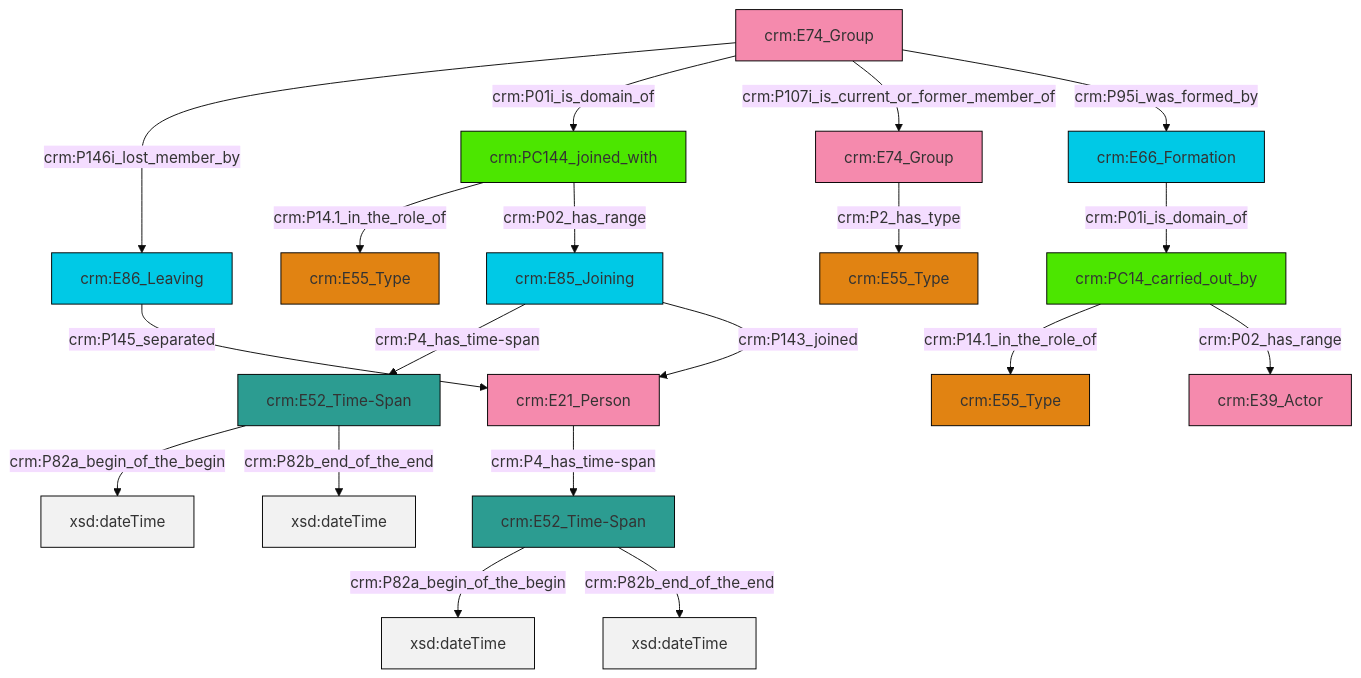
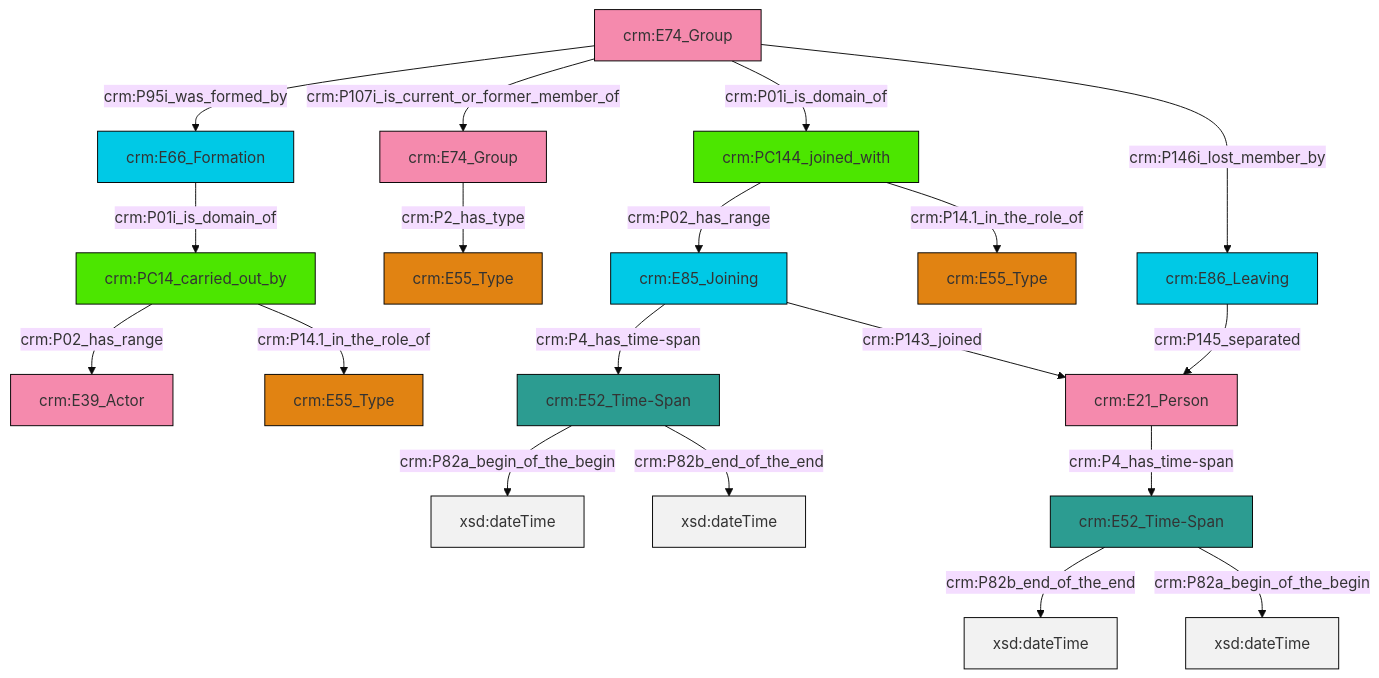
One commit to swiss-art-research-net/docs.swissartresearch changed the diagram in et/groupCSV/ttl/mmd/group_actor_relations.ttl.mmd. Above: the diagram before and after it, drawn with Mermaid (base theme). The commit also changed 178 other files, not shown here.

```diff
--- a/et/groupCSV/ttl/mmd/group_actor_relations.ttl.mmd
+++ b/et/groupCSV/ttl/mmd/group_actor_relations.ttl.mmd
@@ -1,33 +1,33 @@
 graph TD
 classDef Literal fill:#f2f2f2,stroke:#000000;
 classDef CRM_Entity fill:#FFFFFF,stroke:#000000;
 classDef Temporal_Entity fill:#00C9E6, stroke:#000000;
 classDef Type fill:#E18312, stroke:#000000;
 classDef Time-Span fill:#2C9C91, stroke:#000000;
 classDef Appellation fill:#FFEB7F, stroke:#000000;
 classDef Place fill:#008836, stroke:#000000;
 classDef Persistent_Item fill:#B266B2, stroke:#000000;
 classDef Conceptual_Object fill:#FFD700, stroke:#000000;
 classDef Physical_Thing fill:#D2B48C, stroke:#000000;
 classDef Actor fill:#f58aad, stroke:#000000;
 classDef PC_Classes fill:#4ce600, stroke:#000000;
 classDef Multi fill:#cccccc,stroke:#000000;
 
-0["crm:E52_Time-Span"]:::Time-Span -->|crm:P82a_begin_of_the_begin| 1[xsd:dateTime]:::Literal
-2["crm:PC144_joined_with"]:::PC_Classes -->|crm:P14.1_in_the_role_of| 3["crm:E55_Type"]:::Type
-2["crm:PC144_joined_with"]:::PC_Classes -->|crm:P02_has_range| 11["crm:E85_Joining"]:::Temporal_Entity
-5["crm:PC14_carried_out_by"]:::PC_Classes -->|crm:P14.1_in_the_role_of| 12["crm:E55_Type"]:::Type
-13["crm:E52_Time-Span"]:::Time-Span -->|crm:P82a_begin_of_the_begin| 14[xsd:dateTime]:::Literal
-13["crm:E52_Time-Span"]:::Time-Span -->|crm:P82b_end_of_the_end| 15[xsd:dateTime]:::Literal
-20["crm:E74_Group"]:::Actor -->|crm:P2_has_type| 8["crm:E55_Type"]:::Type
-18["crm:E86_Leaving"]:::Temporal_Entity -->|crm:P145_separated| 21["crm:E21_Person"]:::Actor
-21["crm:E21_Person"]:::Actor -->|crm:P4_has_time-span| 13["crm:E52_Time-Span"]:::Time-Span
-11["crm:E85_Joining"]:::Temporal_Entity -->|crm:P4_has_time-span| 0["crm:E52_Time-Span"]:::Time-Span
-25["crm:E66_Formation"]:::Temporal_Entity -->|crm:P01i_is_domain_of| 5["crm:PC14_carried_out_by"]:::PC_Classes
-16["crm:E74_Group"]:::Actor -->|crm:P146i_lost_member_by| 18["crm:E86_Leaving"]:::Temporal_Entity
-11["crm:E85_Joining"]:::Temporal_Entity -->|crm:P143_joined| 21["crm:E21_Person"]:::Actor
-0["crm:E52_Time-Span"]:::Time-Span -->|crm:P82b_end_of_the_end| 26[xsd:dateTime]:::Literal
-5["crm:PC14_carried_out_by"]:::PC_Classes -->|crm:P02_has_range| 27["crm:E39_Actor"]:::Actor
-16["crm:E74_Group"]:::Actor -->|crm:P01i_is_domain_of| 2["crm:PC144_joined_with"]:::PC_Classes
-16["crm:E74_Group"]:::Actor -->|crm:P107i_is_current_or_former_member_of| 20["crm:E74_Group"]:::Actor
-16["crm:E74_Group"]:::Actor -->|crm:P95i_was_formed_by| 25["crm:E66_Formation"]:::Temporal_Entity
+2["crm:E52_Time-Span"]:::Time-Span -->|crm:P82b_end_of_the_end| 3[xsd:dateTime]:::Literal
+6["crm:E85_Joining"]:::Temporal_Entity -->|crm:P4_has_time-span| 4["crm:E52_Time-Span"]:::Time-Span
+11["crm:PC14_carried_out_by"]:::PC_Classes -->|crm:P02_has_range| 12["crm:E39_Actor"]:::Actor
+7["crm:E74_Group"]:::Actor -->|crm:P2_has_type| 9["crm:E55_Type"]:::Type
+15["crm:E74_Group"]:::Actor -->|crm:P95i_was_formed_by| 16["crm:E66_Formation"]:::Temporal_Entity
+2["crm:E52_Time-Span"]:::Time-Span -->|crm:P82a_begin_of_the_begin| 19[xsd:dateTime]:::Literal
+15["crm:E74_Group"]:::Actor -->|crm:P107i_is_current_or_former_member_of| 7["crm:E74_Group"]:::Actor
+23["crm:PC144_joined_with"]:::PC_Classes -->|crm:P02_has_range| 6["crm:E85_Joining"]:::Temporal_Entity
+25["crm:E21_Person"]:::Actor -->|crm:P4_has_time-span| 2["crm:E52_Time-Span"]:::Time-Span
+23["crm:PC144_joined_with"]:::PC_Classes -->|crm:P14.1_in_the_role_of| 17["crm:E55_Type"]:::Type
+0["crm:E86_Leaving"]:::Temporal_Entity -->|crm:P145_separated| 25["crm:E21_Person"]:::Actor
+15["crm:E74_Group"]:::Actor -->|crm:P01i_is_domain_of| 23["crm:PC144_joined_with"]:::PC_Classes
+6["crm:E85_Joining"]:::Temporal_Entity -->|crm:P143_joined| 25["crm:E21_Person"]:::Actor
+4["crm:E52_Time-Span"]:::Time-Span -->|crm:P82a_begin_of_the_begin| 32[xsd:dateTime]:::Literal
+15["crm:E74_Group"]:::Actor -->|crm:P146i_lost_member_by| 0["crm:E86_Leaving"]:::Temporal_Entity
+16["crm:E66_Formation"]:::Temporal_Entity -->|crm:P01i_is_domain_of| 11["crm:PC14_carried_out_by"]:::PC_Classes
+11["crm:PC14_carried_out_by"]:::PC_Classes -->|crm:P14.1_in_the_role_of| 20["crm:E55_Type"]:::Type
+4["crm:E52_Time-Span"]:::Time-Span -->|crm:P82b_end_of_the_end| 34[xsd:dateTime]:::Literal
```
